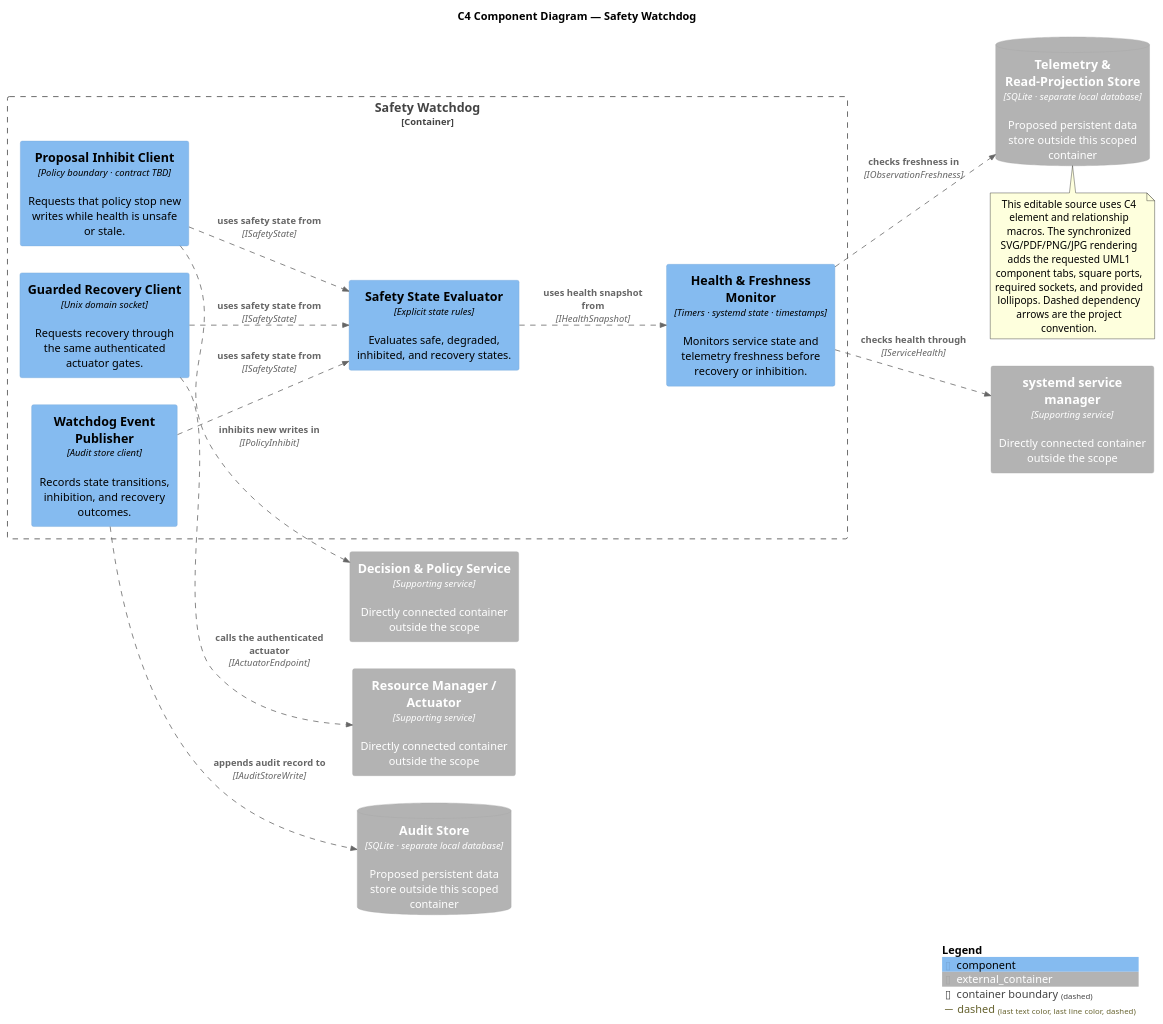
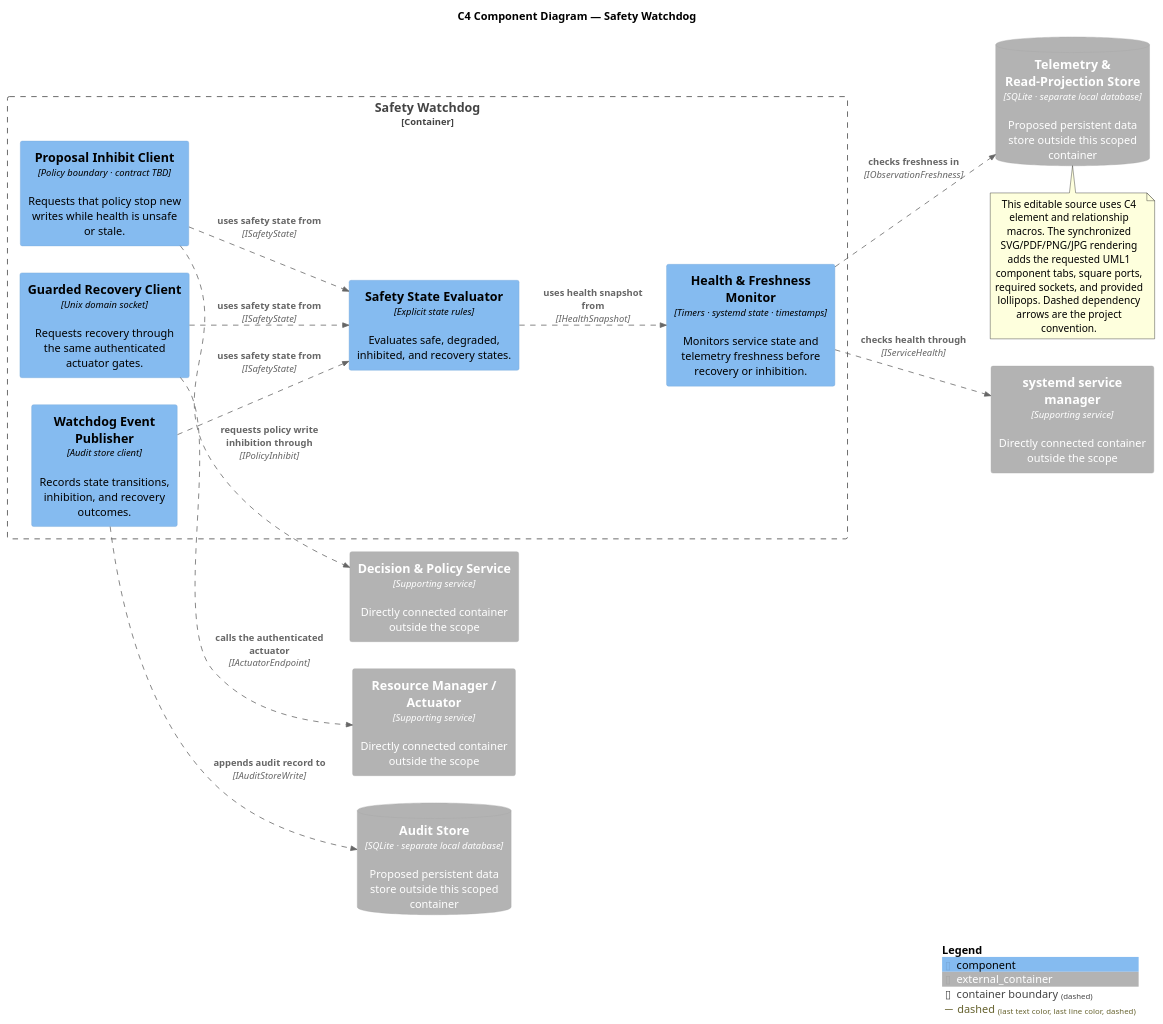
Before and after one commit to Ammar-M-Eid/AIOS: the diagram in documentation/architecture/c4/09_c4_safety_watchdog_components.puml, drawn with PlantUML. The commit also changed 26 other files, not shown here.

```diff
--- a/documentation/architecture/c4/09_c4_safety_watchdog_components.puml
+++ b/documentation/architecture/c4/09_c4_safety_watchdog_components.puml
@@ -1,32 +1,32 @@
 @startuml
 !include <C4/C4_Component>
 skinparam componentStyle uml1
 title C4 Component Diagram — Safety Watchdog
 LAYOUT_LEFT_RIGHT()
 AddRelTag("dashed", $lineStyle=DashedLine())
 Container_Boundary(scope, "Safety Watchdog") {
   Component(C1, "Health & Freshness Monitor", "Timers · systemd state · timestamps", "Monitors service state and telemetry freshness before recovery or inhibition.")
   Component(C2, "Safety State Evaluator", "Explicit state rules", "Evaluates safe, degraded, inhibited, and recovery states.")
   Component(C3, "Proposal Inhibit Client", "Policy boundary · contract TBD", "Requests that policy stop new writes while health is unsafe or stale.")
   Component(C4, "Guarded Recovery Client", "Unix domain socket", "Requests recovery through the same authenticated actuator gates.")
   Component(C5, "Watchdog Event Publisher", "Audit store client", "Records state transitions, inhibition, and recovery outcomes.")
 }
 Container_Ext(S1, "Decision & Policy Service", "Supporting service", "Directly connected container outside the scope")
 Container_Ext(S2, "Resource Manager / Actuator", "Supporting service", "Directly connected container outside the scope")
 ContainerDb_Ext(S3, "Audit Store", "SQLite · separate local database", "Proposed persistent data store outside this scoped container")
 Container_Ext(S4, "systemd service manager", "Supporting service", "Directly connected container outside the scope")
 ContainerDb_Ext(S5, "Telemetry & Read-Projection Store", "SQLite · separate local database", "Proposed persistent data store outside this scoped container")
 Rel(C2, C1, "uses health snapshot from", "IHealthSnapshot", $tags="dashed")
 Rel(C3, C2, "uses safety state from", "ISafetyState", $tags="dashed")
 Rel(C4, C2, "uses safety state from", "ISafetyState", $tags="dashed")
-Rel(C3, S1, "inhibits new writes in", "IPolicyInhibit", $tags="dashed")
+Rel(C3, S1, "requests policy write inhibition through", "IPolicyInhibit", $tags="dashed")
 Rel(C4, S2, "calls the authenticated actuator", "IActuatorEndpoint", $tags="dashed")
 Rel(C5, C2, "uses safety state from", "ISafetyState", $tags="dashed")
 Rel(C5, S3, "appends audit record to", "IAuditStoreWrite", $tags="dashed")
 Rel(C1, S4, "checks health through", "IServiceHealth", $tags="dashed")
 Rel(C1, S5, "checks freshness in", "IObservationFreshness", $tags="dashed")
 note bottom
 This editable source uses C4 element and relationship macros. The synchronized SVG/PDF/PNG/JPG rendering adds the requested UML1 component tabs, square ports, required sockets, and provided lollipops. Dashed dependency arrows are the project convention.
 end note
 SHOW_LEGEND()
 @enduml
```
